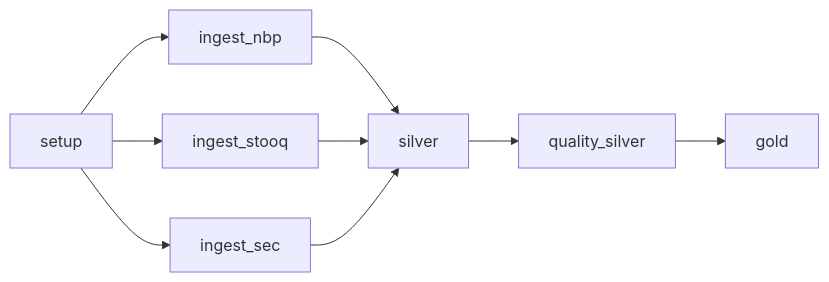
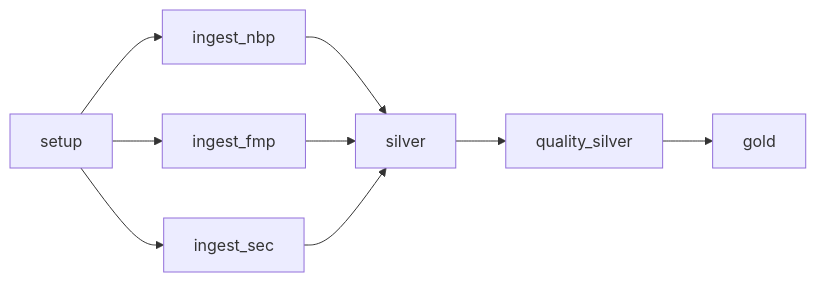
The second of 2 diagrams in docs/architektura.md (bajerynastudia-beep/financial-data-lakehouse), drawn with Mermaid before and after one commit. The commit also changed other lines of this file and 8 other files, not shown here.

````diff
--- a/docs/architektura.md
+++ b/docs/architektura.md
@@ -45,5 +45,5 @@
 ```mermaid
 flowchart LR
-    setup --> ingest_nbp & ingest_stooq & ingest_sec
-    ingest_nbp & ingest_stooq & ingest_sec --> silver --> quality_silver --> gold
+    setup --> ingest_nbp & ingest_fmp & ingest_sec
+    ingest_nbp & ingest_fmp & ingest_sec --> silver --> quality_silver --> gold
 ```
````
